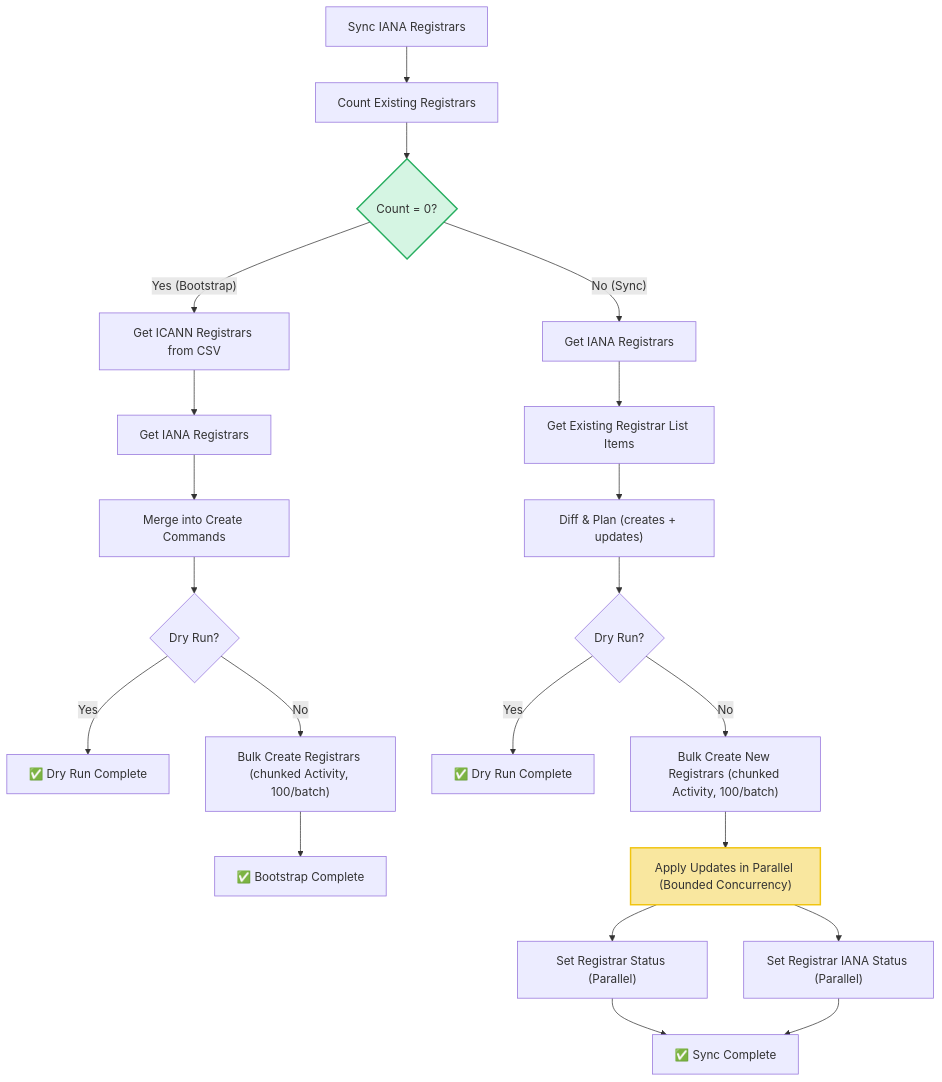
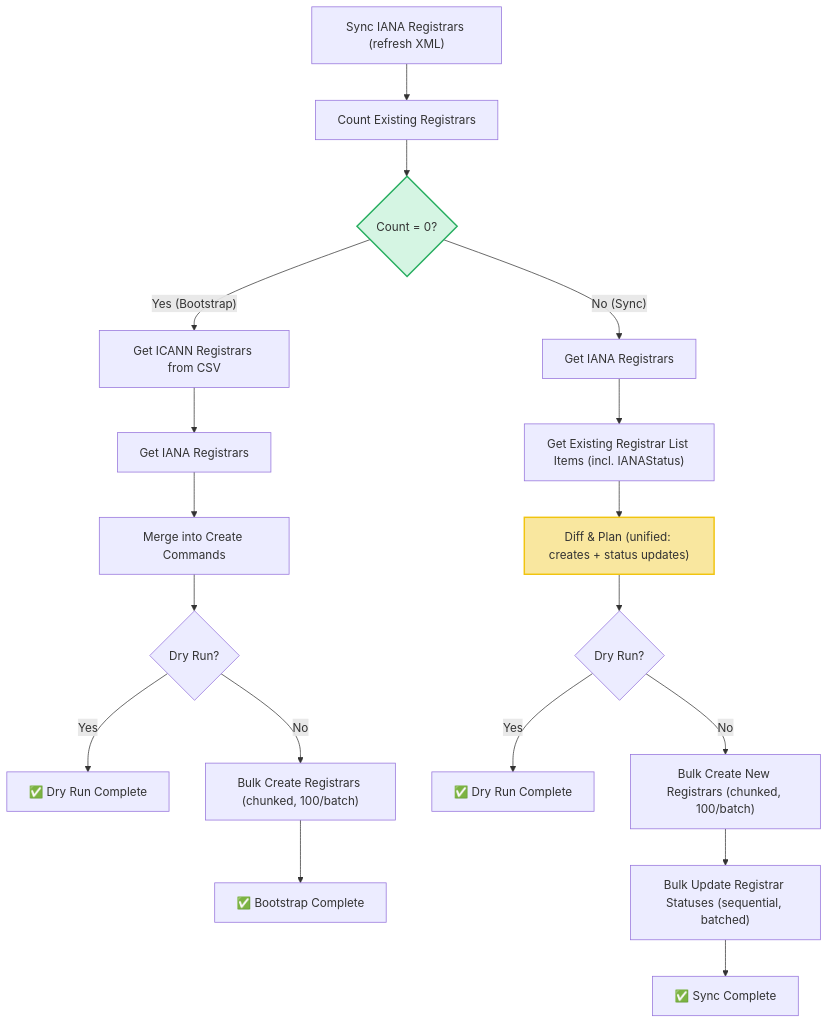
The diagram in internal/application/workflows/syncRegistrarsWorkflow.doc.md (onasunnymorning/domain-os), drawn with Mermaid before and after one commit. The commit also changed other lines of this file and 12 other files, not shown here.

Commit message:
feat: enhance registrar sync workflow with detailed change reporting, state diffing, and bulk status updates

````diff
--- a/internal/application/workflows/syncRegistrarsWorkflow.doc.md
+++ b/internal/application/workflows/syncRegistrarsWorkflow.doc.md
@@ -19,28 +19,25 @@
 ```mermaid
 graph TD
-    A["Sync IANA Registrars"] --> B["Count Existing Registrars"]
+    A["Sync IANA Registrars (refresh XML)"] --> B["Count Existing Registrars"]
     B --> C{"Count = 0?"}
 
     C -- "Yes (Bootstrap)" --> D["Get ICANN Registrars from CSV"]
     D --> E["Get IANA Registrars"]
     E --> F["Merge into Create Commands"]
     F --> G{"Dry Run?"}
     G -- Yes --> DONE1["✅ Dry Run Complete"]
-    G -- No --> H["Bulk Create Registrars (chunked Activity, 100/batch)"]
+    G -- No --> H["Bulk Create Registrars (chunked, 100/batch)"]
     H --> DONE2["✅ Bootstrap Complete"]
 
     C -- "No (Sync)" --> I["Get IANA Registrars"]
-    I --> J["Get Existing Registrar List Items"]
-    J --> K["Diff & Plan (creates + updates)"]
+    I --> J["Get Existing Registrar List Items (incl. IANAStatus)"]
+    J --> K["Diff & Plan (unified: creates + status updates)"]
     K --> L{"Dry Run?"}
     L -- Yes --> DONE3["✅ Dry Run Complete"]
-    L -- No --> M["Bulk Create New Registrars (chunked Activity, 100/batch)"]
-    M --> N["Apply Updates in Parallel (Bounded Concurrency)"]
-    N --> O["Set Registrar Status (Parallel)"]
-    N --> P["Set Registrar IANA Status (Parallel)"]
-    O --> DONE4["✅ Sync Complete"]
-    P --> DONE4
+    L -- No --> M["Bulk Create New Registrars (chunked, 100/batch)"]
+    M --> N["Bulk Update Registrar Statuses (sequential, batched)"]
+    N --> DONE4["✅ Sync Complete"]
 
     style C fill:#d5f5e3,stroke:#27ae60,stroke-width:2px
-    style N fill:#f9e79f,stroke:#f1c40f,stroke-width:2px
+    style K fill:#f9e79f,stroke:#f1c40f,stroke-width:2px
 ```
````
